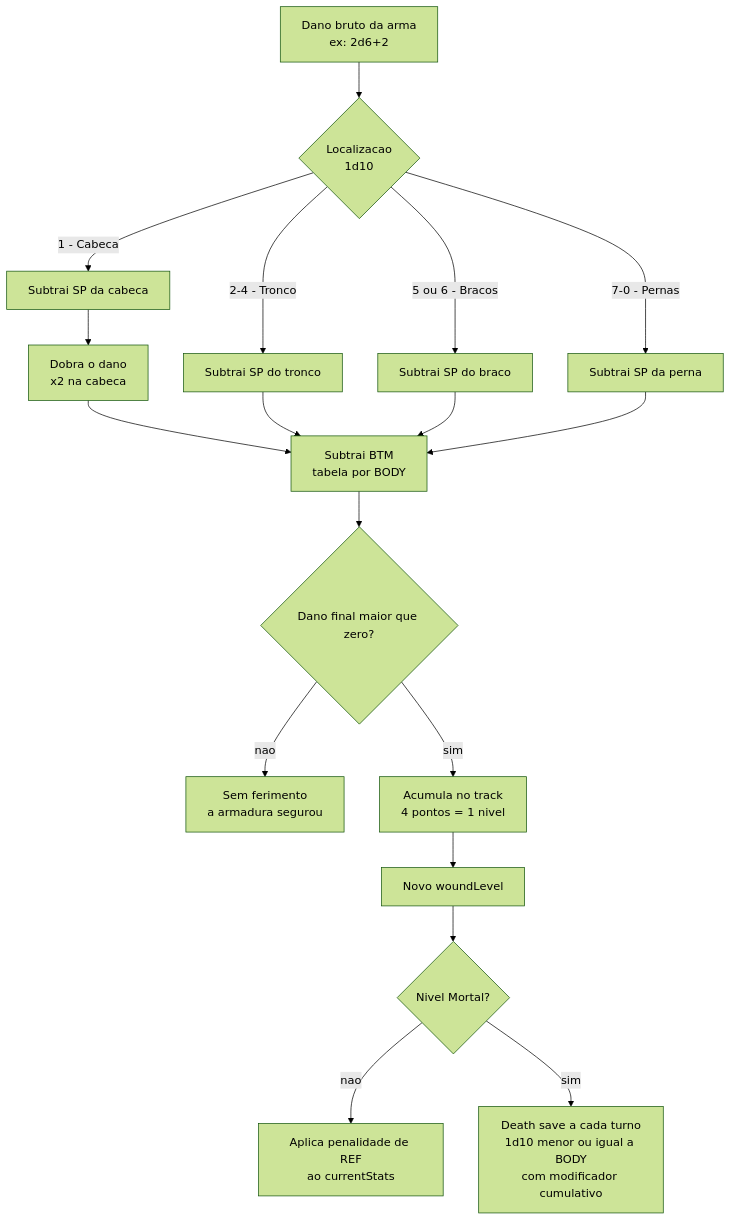
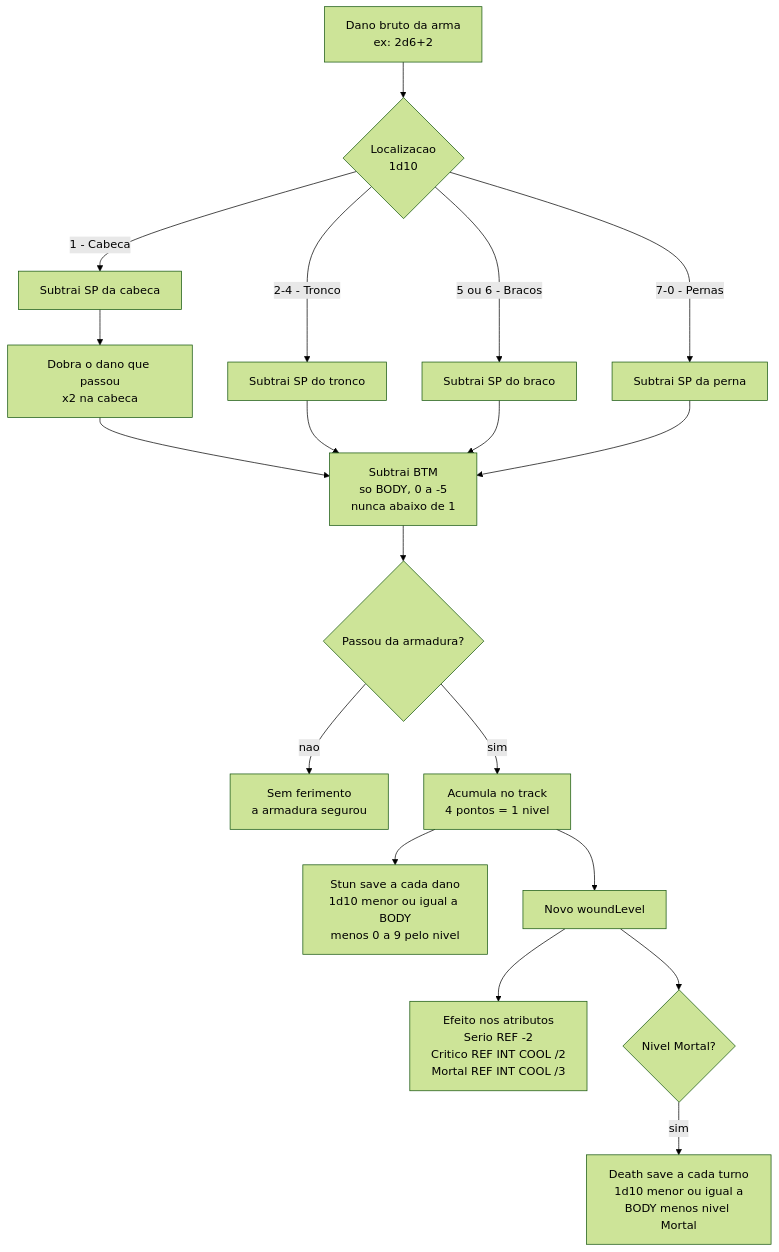
Before and after one commit to tavinholoco/NetsheetEngine: the third of 5 diagrams in docs/ARQUITETURA.md, drawn with Mermaid (forest theme). The commit also changed other lines of this file and 2 other files, not shown here.

First line of the commit message:
docs(fase-c): C.9, C.11 e C.13 — conferência fechada, diagramas corrigidos, ER do schema

````diff
--- a/docs/ARQUITETURA.md
+++ b/docs/ARQUITETURA.md
@@ -150,24 +154,25 @@
 ```mermaid
 flowchart TB
     A["Dano bruto da arma<br/>ex: 2d6+2"] --> B{"Localizacao<br/>1d10"}
 
     B -->|"1 - Cabeca"| C["Subtrai SP da cabeca"]
     B -->|"2-4 - Tronco"| D["Subtrai SP do tronco"]
     B -->|"5 ou 6 - Bracos"| E["Subtrai SP do braco"]
     B -->|"7-0 - Pernas"| F["Subtrai SP da perna"]
 
-    C --> G["Dobra o dano<br/>x2 na cabeca"]
-    G --> H["Subtrai BTM<br/>tabela por BODY"]
+    C --> G["Dobra o dano que passou<br/>x2 na cabeca"]
+    G --> H["Subtrai BTM<br/>so BODY, 0 a -5<br/>nunca abaixo de 1"]
     D --> H
     E --> H
     F --> H
 
-    H --> I{"Dano final maior que zero?"}
+    H --> I{"Passou da armadura?"}
     I -->|"nao"| J["Sem ferimento<br/>a armadura segurou"]
     I -->|"sim"| K["Acumula no track<br/>4 pontos = 1 nivel"]
 
+    K --> S["Stun save a cada dano<br/>1d10 menor ou igual a BODY<br/>menos 0 a 9 pelo nivel"]
     K --> L["Novo woundLevel"]
+    L --> N["Efeito nos atributos<br/>Serio REF -2<br/>Critico REF INT COOL /2<br/>Mortal REF INT COOL /3"]
     L --> M{"Nivel Mortal?"}
-    M -->|"nao"| N["Aplica penalidade de REF<br/>ao currentStats"]
-    M -->|"sim"| O["Death save a cada turno<br/>1d10 menor ou igual a BODY<br/>com modificador cumulativo"]
+    M -->|"sim"| O["Death save a cada turno<br/>1d10 menor ou igual a<br/>BODY menos nivel Mortal"]
 ```
````
